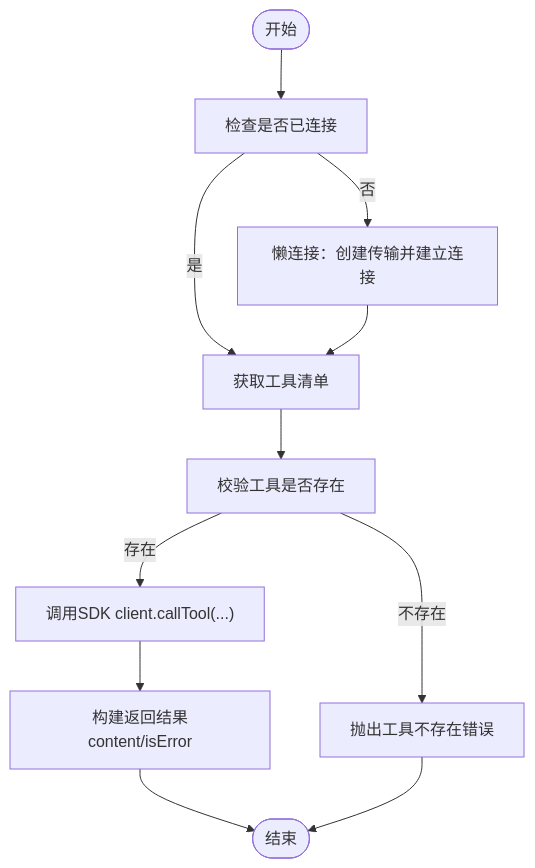
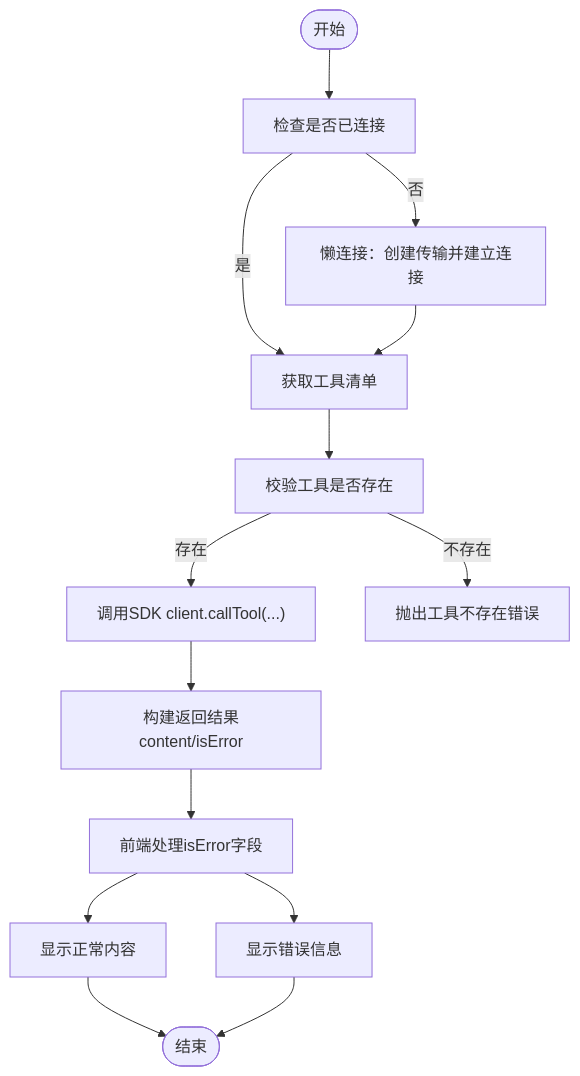
Before and after one commit to xixixiaoyu/Todo: the third of 4 diagrams in .qoder/repowiki/zh/content/API参考/REST API/MCP工具API.md, drawn with Mermaid. The commit also changed other lines of this file and 3 other files, not shown here.

````diff
--- a/.qoder/repowiki/zh/content/API参考/REST API/MCP工具API.md
+++ b/.qoder/repowiki/zh/content/API参考/REST API/MCP工具API.md
@@ -207,13 +245,16 @@
 ```mermaid
 flowchart TD
 Start(["开始"]) --> CheckConn["检查是否已连接"]
 CheckConn --> |否| LazyConnect["懒连接：创建传输并建立连接"]
 CheckConn --> |是| ListTools["获取工具清单"]
 LazyConnect --> ListTools
 ListTools --> ValidateTool["校验工具是否存在"]
 ValidateTool --> |存在| CallSDK["调用SDK client.callTool(...)"]
 ValidateTool --> |不存在| ErrTool["抛出工具不存在错误"]
 CallSDK --> BuildResult["构建返回结果content/isError"]
-BuildResult --> End(["结束"])
-ErrTool --> End
+BuildResult --> FrontendHandle["前端处理isError字段"]
+FrontendHandle --> ShowNormal["显示正常内容"]
+FrontendHandle --> ShowError["显示错误信息"]
+ShowNormal --> End(["结束"])
+ShowError --> End
 ```
````
